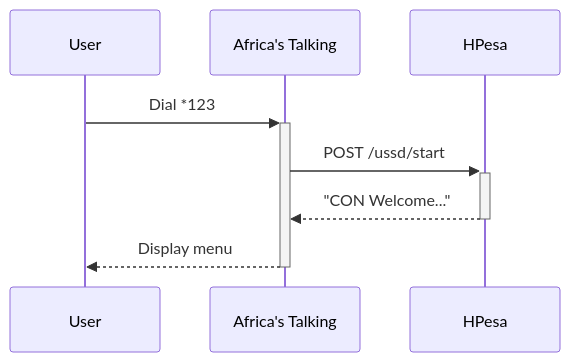
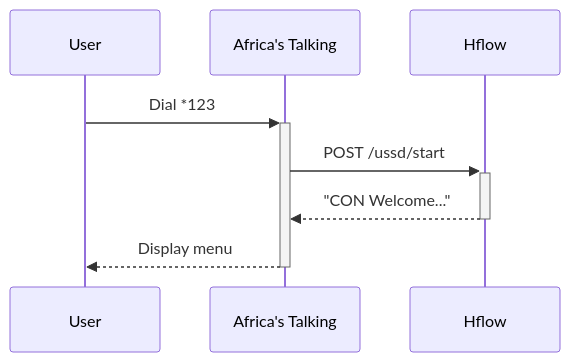
One commit to Modexia-Tech/hflow changed the second of 5 diagrams in docs/ARCHITECTURE.MD. Above: the diagram before and after it, drawn with Mermaid. The commit also changed other lines of this file and 22 other files, not shown here.

````diff
--- a/docs/ARCHITECTURE.MD
+++ b/docs/ARCHITECTURE.MD
@@ -24,7 +24,7 @@
   ```mermaid
   sequenceDiagram
       User->>+Africa's Talking: Dial *123#
-      Africa's Talking->>+HPesa: POST /ussd/start
-      HPesa-->>-Africa's Talking: "CON Welcome..."
+      Africa's Talking->>+Hflow: POST /ussd/start
+      Hflow-->>-Africa's Talking: "CON Welcome..."
       Africa's Talking-->>-User: Display menu
   ```
````
